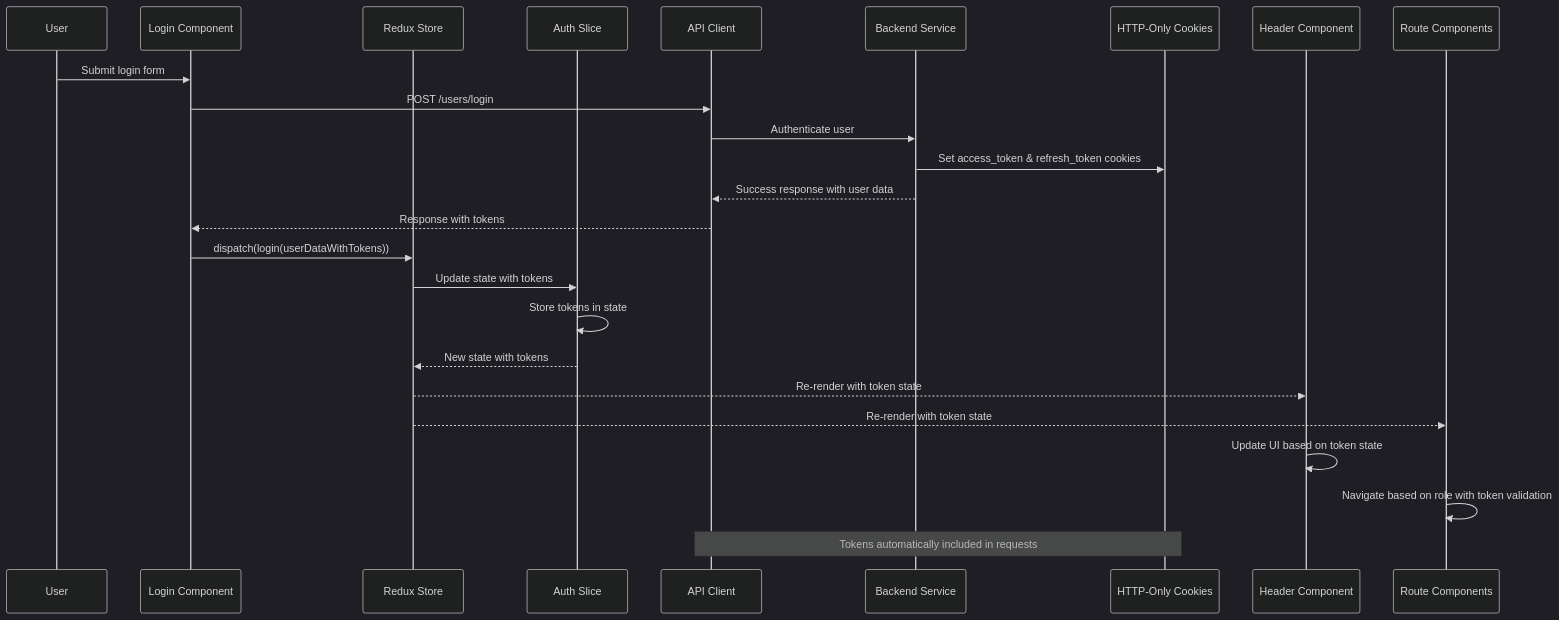
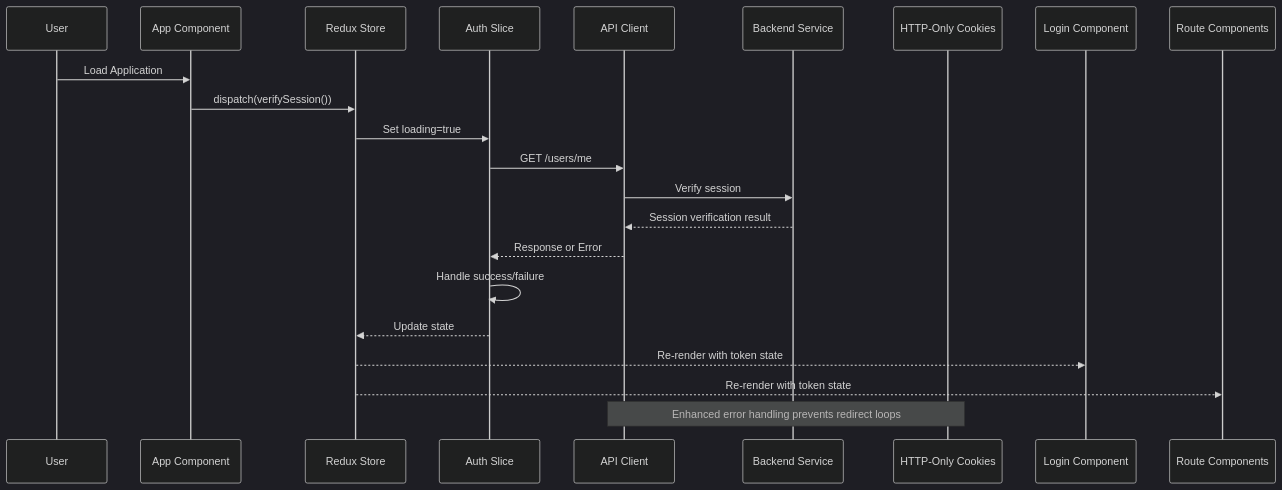
Before and after one commit to Aryan9060/Timetable-Project: the second of 4 diagrams in .qoder/repowiki/en/content/Authentication & Authorization/Frontend Authentication State Management.md, drawn with Mermaid (dark theme). The commit also changed other lines of this file and 5 other files, not shown here.

First line of the commit message:
feat(auth): prevent infinite redirect loops on initial session verification

````diff
--- a/.qoder/repowiki/en/content/Authentication & Authorization/Frontend Authentication State Management.md
+++ b/.qoder/repowiki/en/content/Authentication & Authorization/Frontend Authentication State Management.md
@@ -115,27 +119,24 @@
 ```mermaid
 sequenceDiagram
 participant User as User
-participant Login as Login Component
+participant App as App Component
 participant Store as Redux Store
 participant AuthSlice as Auth Slice
 participant ApiClient as API Client
 participant Backend as Backend Service
 participant Cookies as HTTP-Only Cookies
-participant Header as Header Component
+participant Login as Login Component
 participant Routes as Route Components
-User->>Login : Submit login form
-Login->>ApiClient : POST /users/login
-ApiClient->>Backend : Authenticate user
-Backend->>Cookies : Set access_token & refresh_token cookies
-Backend-->>ApiClient : Success response with user data
-ApiClient-->>Login : Response with tokens
-Login->>Store : dispatch(login(userDataWithTokens))
-Store->>AuthSlice : Update state with tokens
-AuthSlice->>AuthSlice : Store tokens in state
-AuthSlice-->>Store : New state with tokens
-Store-->>Header : Re-render with token state
+User->>App : Load Application
+App->>Store : dispatch(verifySession())
+Store->>AuthSlice : Set loading=true
+AuthSlice->>ApiClient : GET /users/me
+ApiClient->>Backend : Verify session
+Backend-->>ApiClient : Session verification result
+ApiClient-->>AuthSlice : Response or Error
+AuthSlice->>AuthSlice : Handle success/failure
+AuthSlice-->>Store : Update state
+Store-->>Login : Re-render with token state
 Store-->>Routes : Re-render with token state
-Header->>Header : Update UI based on token state
-Routes->>Routes : Navigate based on role with token validation
-Note over ApiClient,Cookies : Tokens automatically included in requests
+Note over ApiClient,Cookies : Enhanced error handling prevents redirect loops
 ```
````
